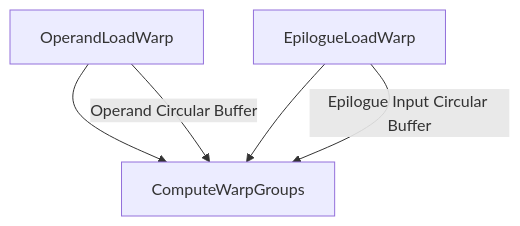
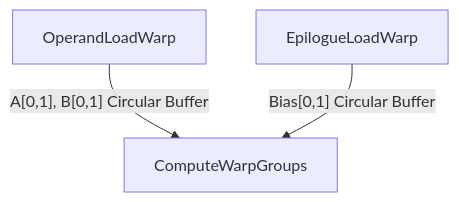
Before and after one commit to NVIDIA/Fuser: the first of 5 diagrams in doc/dev/MultiRoleWarpSpecializationPlan.md, drawn with Mermaid.

Commit message:
[AI] Improve MultiRoleWarpSpecializationPlan diagram with clearer circular buffer representation

````diff
--- a/doc/dev/MultiRoleWarpSpecializationPlan.md
+++ b/doc/dev/MultiRoleWarpSpecializationPlan.md
@@ -151,12 +151,11 @@
 ```mermaid
 graph TD
-    OLW[OperandLoadWarp] --> CW[ComputeWarpGroups]
-    ELW[EpilogueLoadWarp] --> CW
+    OLW[OperandLoadWarp] --> |"A[0,1], B[0,1] Circular Buffer"| CW[ComputeWarpGroups]
+    ELW[EpilogueLoadWarp] --> |"Bias[0,1] Circular Buffer"| CW
     
-    OLW --> |"Operand Circular Buffer"| CW
-    ELW --> |"Epilogue Input Circular Buffer"| CW
+    classDef asyncWarp fill:#lightblue
+    classDef computeWarp fill:#lightgreen
     
-    style OLW fill:#lightblue
-    style ELW fill:#lightblue
-    style CW fill:#lightgreen
+    class OLW,ELW asyncWarp
+    class CW computeWarp
 ```
````
